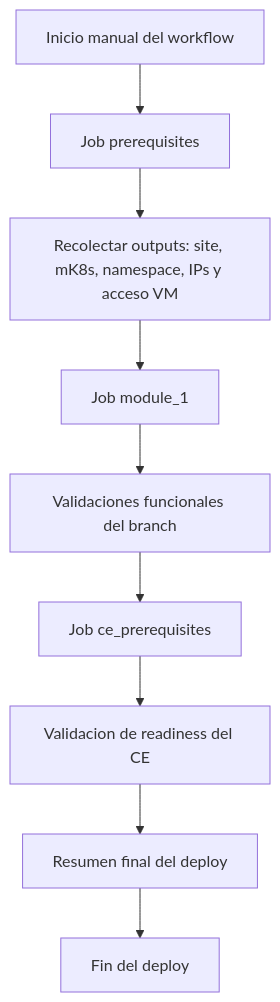
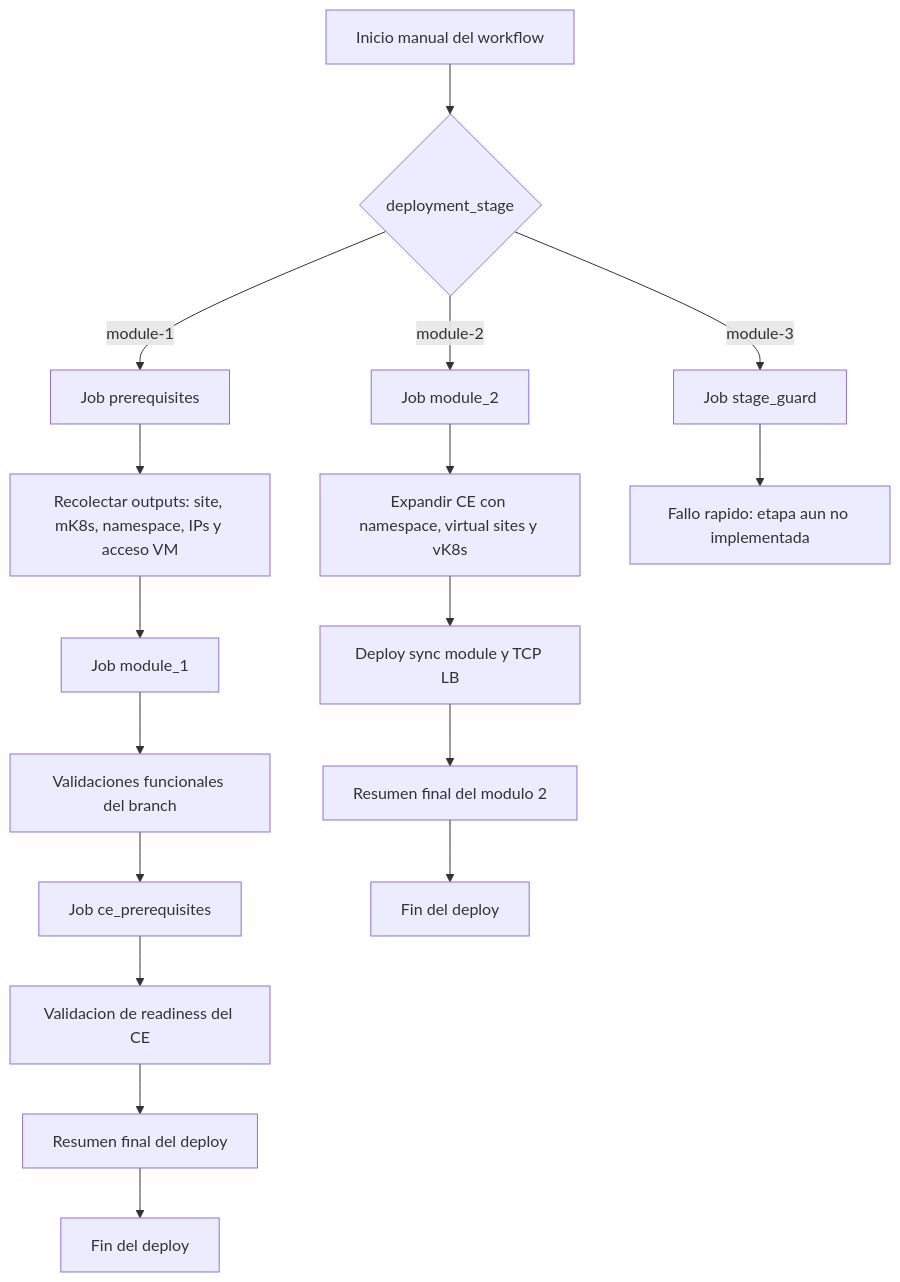
Before and after one commit to ocpdata/xcawsedgedemoguide: the first of 14 diagrams in descripcion.md, drawn with Mermaid. The commit also changed other lines of this file and 18 other files, not shown here.

Commit message:
Implement staged module 2 workflow

````diff
--- a/descripcion.md
+++ b/descripcion.md
@@ -56,11 +68,19 @@
 ```mermaid
 flowchart TD
-    A[Inicio manual del workflow] --> B[Job prerequisites]
-    B --> C[Recolectar outputs: site, mK8s, namespace, IPs y acceso VM]
-    C --> D[Job module_1]
-    D --> E[Validaciones funcionales del branch]
-    E --> F[Job ce_prerequisites]
-    F --> G[Validacion de readiness del CE]
-    G --> H[Resumen final del deploy]
-    H --> I[Fin del deploy]
+    A[Inicio manual del workflow] --> B{deployment_stage}
+    B -->|module-1| C[Job prerequisites]
+    C --> D[Recolectar outputs: site, mK8s, namespace, IPs y acceso VM]
+    D --> E[Job module_1]
+    E --> F[Validaciones funcionales del branch]
+    F --> G[Job ce_prerequisites]
+    G --> H[Validacion de readiness del CE]
+    H --> I[Resumen final del deploy]
+    I --> J[Fin del deploy]
+    B -->|module-2| K[Job module_2]
+    K --> L[Expandir CE con namespace, virtual sites y vK8s]
+    L --> M[Deploy sync module y TCP LB]
+    M --> N[Resumen final del modulo 2]
+    N --> O[Fin del deploy]
+    B -->|module-3| P[Job stage_guard]
+    P --> Q[Fallo rapido: etapa aun no implementada]
 ```
````
